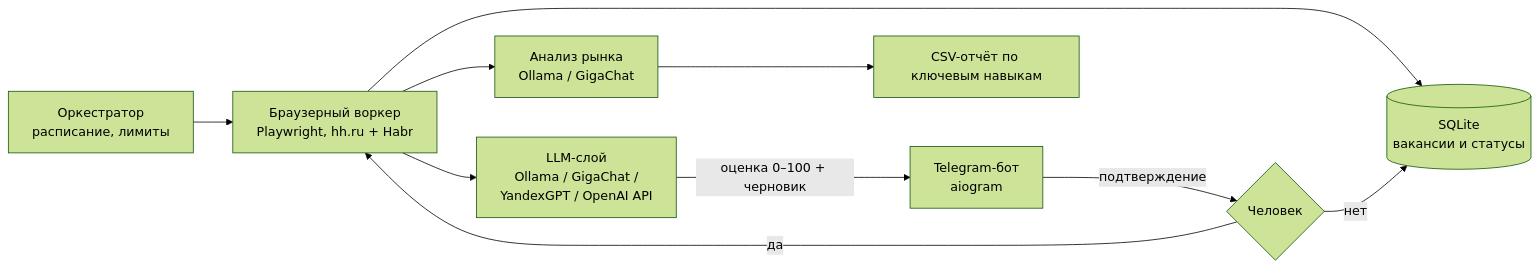
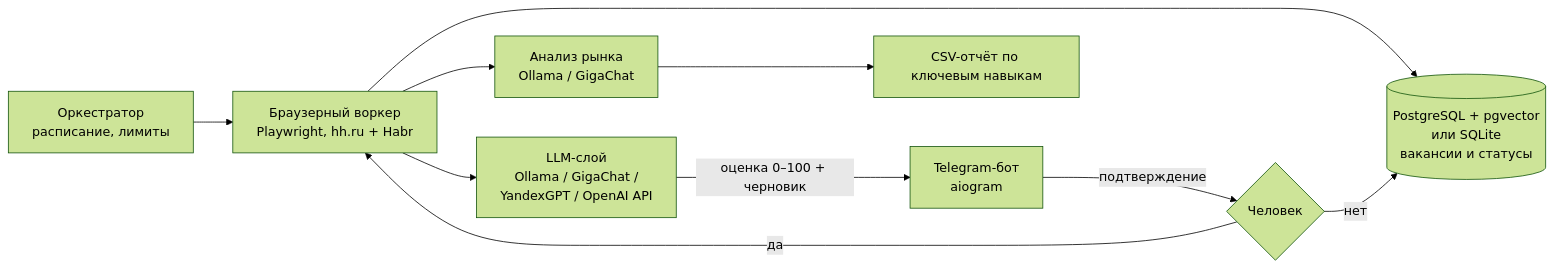
Before and after one commit to DanilHorror/hh-agent: the diagram in README.md, drawn with Mermaid (forest theme). The commit also changed other lines of this file and 14 other files, not shown here.

Commit message:
Postgres + pgvector в Docker, миграции Alembic, перенос данных из SQLite

````diff
--- a/README.md
+++ b/README.md
@@ -7,12 +7,12 @@
 ```mermaid
 flowchart LR
     S[Оркестратор<br/>расписание, лимиты] --> B[Браузерный воркер<br/>Playwright, hh.ru + Habr]
-    B --> DB[(SQLite<br/>вакансии и статусы)]
+    B --> DB[(PostgreSQL + pgvector<br/>или SQLite<br/>вакансии и статусы)]
     B --> L[LLM-слой<br/>Ollama / GigaChat /<br/>YandexGPT / OpenAI API]
     L -->|оценка 0–100 + черновик| N[Telegram-бот<br/>aiogram]
     N -->|подтверждение| H{Человек}
     H -->|да| B
     H -->|нет| DB
     B --> M[Анализ рынка<br/>Ollama / GigaChat]
     M --> R[CSV-отчёт по ключевым навыкам]
 ```
````
